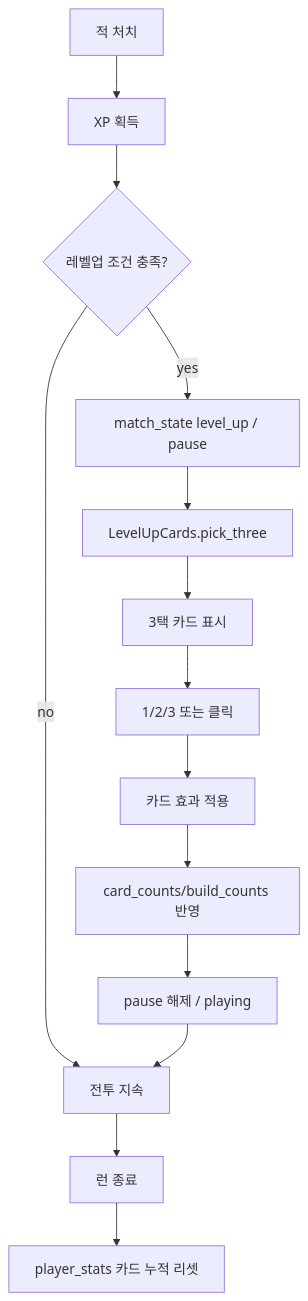
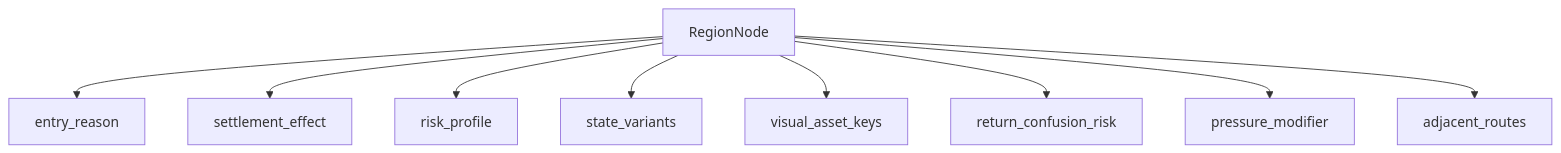
Before and after one commit to chaosdeity/atomic-ad-survivors: the fourth of 13 diagrams in SYSTEM_FLOW_DIAGRAMS.md, drawn with Mermaid. The commit also changed other lines of this file and 29 other files, not shown here.

Commit message:
docs: add 0.2 architecture references

````diff
--- a/SYSTEM_FLOW_DIAGRAMS.md
+++ b/SYSTEM_FLOW_DIAGRAMS.md
@@ -249,16 +117,21 @@
 ```mermaid
 flowchart TD
-    Kill["적 처치"] --> XP["XP 획득"]
-    XP --> Threshold{"레벨업 조건 충족?"}
-    Threshold -->|no| Combat["전투 지속"]
-    Threshold -->|yes| Pause["match_state level_up / pause"]
-    Pause --> Pick["LevelUpCards.pick_three"]
-    Pick --> UI["3택 카드 표시"]
-    UI --> Input["1/2/3 또는 클릭"]
-    Input --> Apply["카드 효과 적용"]
-    Apply --> Build["card_counts/build_counts 반영"]
-    Build --> Resume["pause 해제 / playing"]
-    Resume --> Combat
-    Combat --> RunEnd["런 종료"]
-    RunEnd --> Reset["player_stats 카드 누적 리셋"]
+    Node["RegionNode"]
+    Entry["entry_reason"]
+    Settlement["settlement_effect"]
+    Risk["risk_profile"]
+    Variants["state_variants"]
+    Assets["visual_asset_keys"]
+    Confusion["return_confusion_risk"]
+    Pressure["pressure_modifier"]
+    Routes["adjacent_routes"]
+
+    Node --> Entry
+    Node --> Settlement
+    Node --> Risk
+    Node --> Variants
+    Node --> Assets
+    Node --> Confusion
+    Node --> Pressure
+    Node --> Routes
 ```
````
